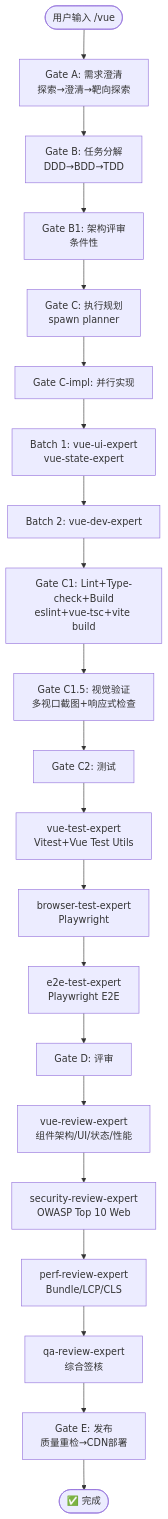
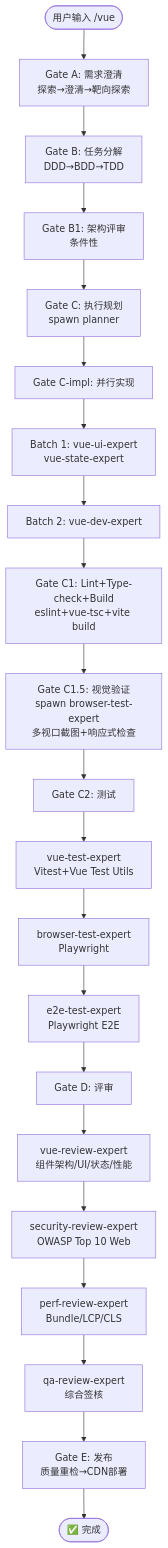
One commit to Wjl1224734792/Jarvis-Agent-Factory changed the diagram in docs/flows/vue.md. Above: the diagram before and after it, drawn with Mermaid. The commit also changed 23 other files, not shown here.

First line of the commit message:
fix: v4.7.85 — Gate C1.5 browser-test-expert集成 + 全量文档同步

````diff
--- a/docs/flows/vue.md
+++ b/docs/flows/vue.md
@@ -39,23 +39,23 @@
 ```mermaid
 flowchart TD
     START([用户输入 /vue]) --> A[Gate A: 需求澄清<br/>探索→澄清→靶向探索]
     A --> B[Gate B: 任务分解<br/>DDD→BDD→TDD]
     B --> B1[Gate B1: 架构评审<br/>条件性]
     B1 --> C[Gate C: 执行规划<br/>spawn planner]
     C --> CI[Gate C-impl: 并行实现]
     CI --> CI1[Batch 1: vue-ui-expert<br/>vue-state-expert]
     CI1 --> CI2[Batch 2: vue-dev-expert]
     CI2 --> C1[Gate C1: Lint+Type-check+Build<br/>eslint+vue-tsc+vite build]
-    C1 --> C15[Gate C1.5: 视觉验证<br/>多视口截图+响应式检查]
+    C1 --> C15[Gate C1.5: 视觉验证<br/>spawn browser-test-expert<br/>多视口截图+响应式检查]
     C15 --> C2[Gate C2: 测试]
     C2 --> C2A[vue-test-expert<br/>Vitest+Vue Test Utils]
     C2A --> C2B[browser-test-expert<br/>Playwright]
     C2B --> C2C[e2e-test-expert<br/>Playwright E2E]
     C2C --> D[Gate D: 评审]
     D --> D1[vue-review-expert<br/>组件架构/UI/状态/性能]
     D1 --> D2[security-review-expert<br/>OWASP Top 10 Web]
     D2 --> D3[perf-review-expert<br/>Bundle/LCP/CLS]
     D3 --> D4[qa-review-expert<br/>综合签核]
     D4 --> E[Gate E: 发布<br/>质量重检→CDN部署]
     E --> DONE([✅ 完成])
 ```
````
